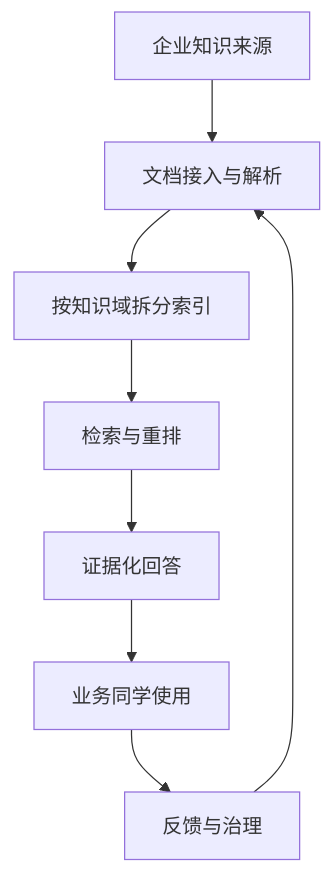
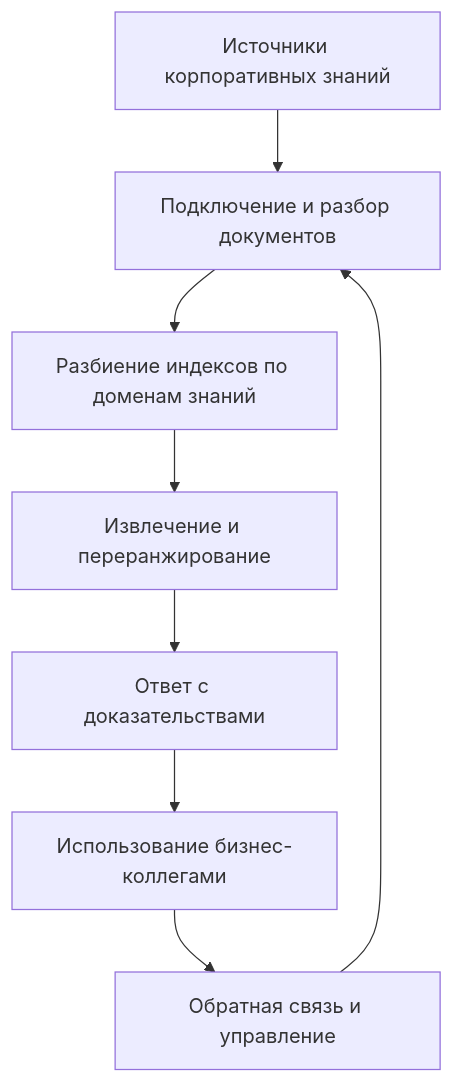
Before and after one commit to Libertad-Harbour-LLC/study_vibe: the first of 2 diagrams in docs/ru-ru/stage-3/ai-advanced/llamaindex-enterprise-knowledge-base/index.md, drawn with Mermaid. The commit also changed other lines of this file and 4 other files, not shown here.

````diff
--- a/docs/ru-ru/stage-3/ai-advanced/llamaindex-enterprise-knowledge-base/index.md
+++ b/docs/ru-ru/stage-3/ai-advanced/llamaindex-enterprise-knowledge-base/index.md
@@ -46,10 +46,10 @@
 ```mermaid
 flowchart TD
-    A["企业知识来源"] --> B["文档接入与解析"]
-    B --> C["按知识域拆分索引"]
-    C --> D["检索与重排"]
-    D --> E["证据化回答"]
-    E --> F["业务同学使用"]
-    F --> G["反馈与治理"]
+    A["Источники корпоративных знаний"] --> B["Подключение и разбор документов"]
+    B --> C["Разбиение индексов по доменам знаний"]
+    C --> D["Извлечение и переранжирование"]
+    D --> E["Ответ с доказательствами"]
+    E --> F["Использование бизнес-коллегами"]
+    F --> G["Обратная связь и управление"]
     G --> B
 ```
````
